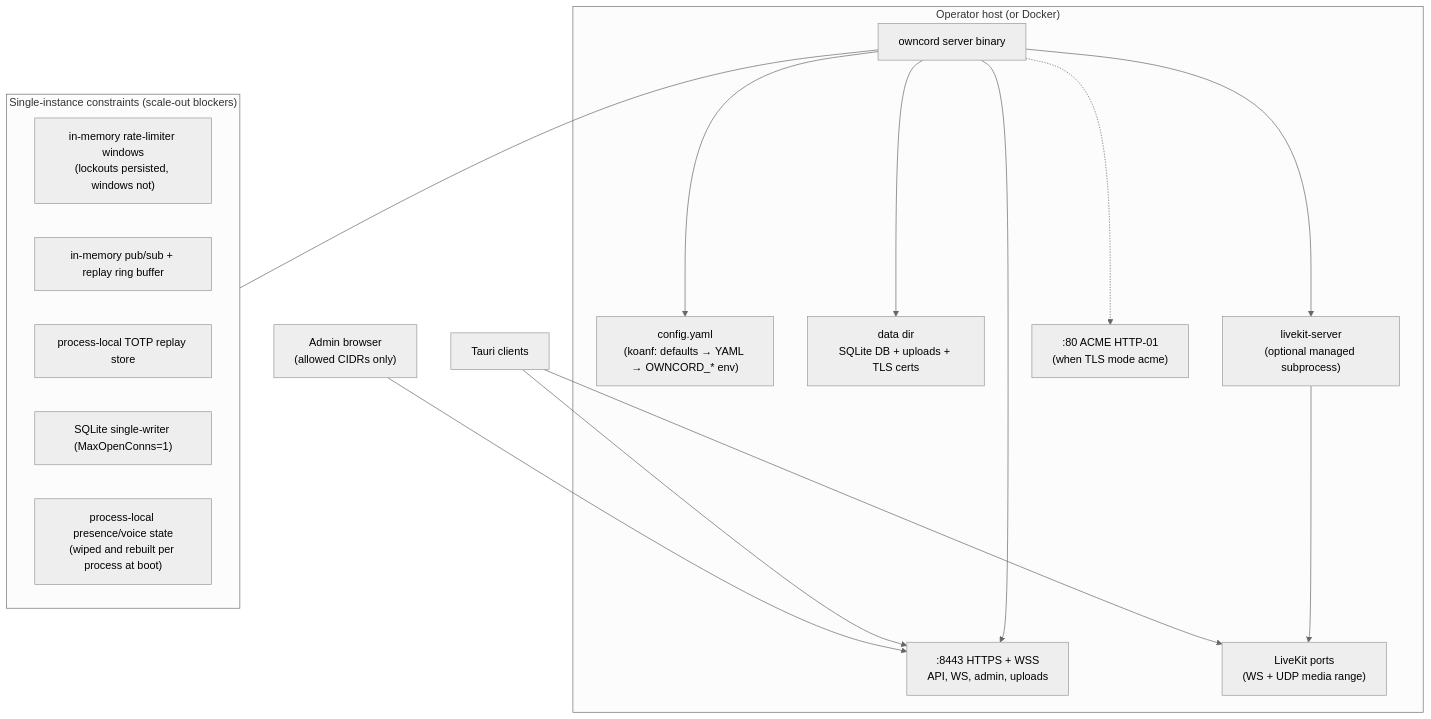
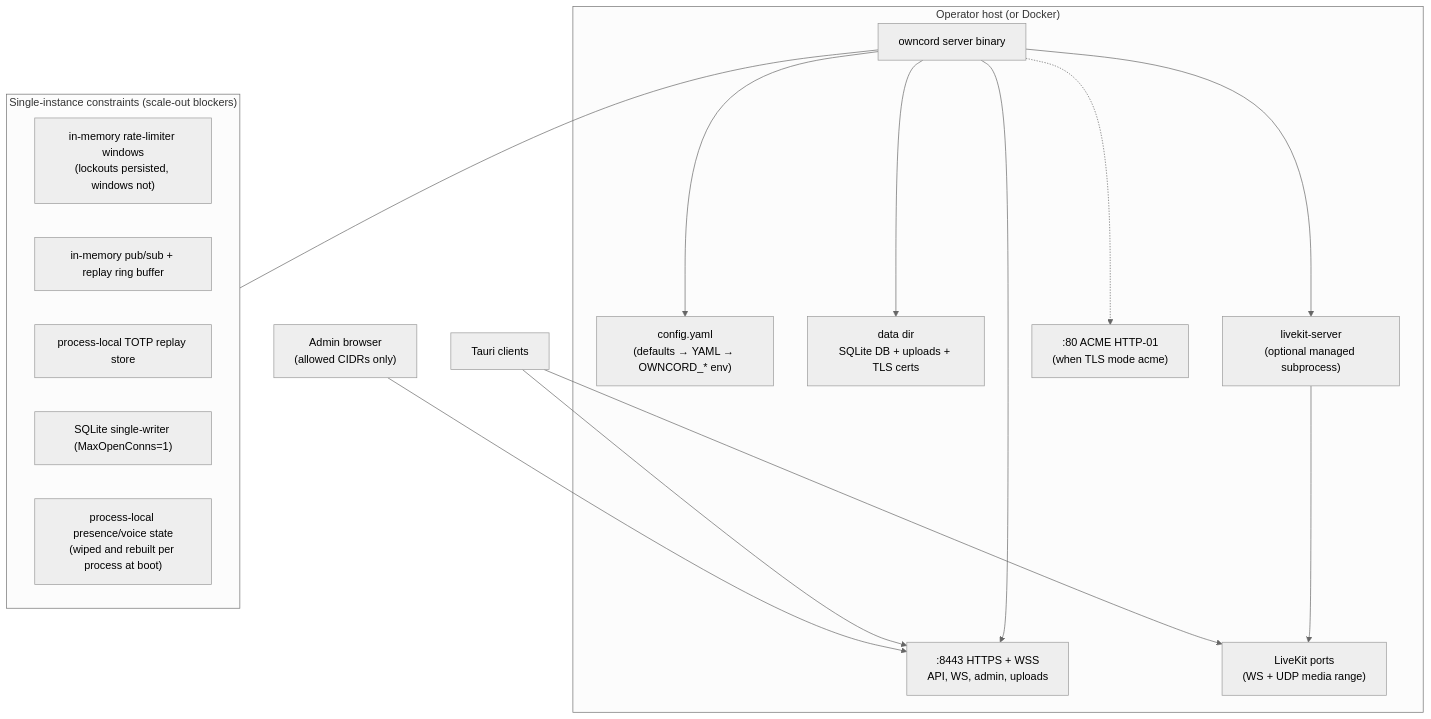
Before and after one commit to J3vb/OwnCord: the second of 2 diagrams in docs/architecture/system-overview.md, drawn with Mermaid (neutral theme). The commit also changed other lines of this file and 2055 other files, not shown here.

````diff
--- a/docs/architecture/system-overview.md
+++ b/docs/architecture/system-overview.md
@@ -61,25 +61,25 @@
 ```mermaid
 flowchart TB
     subgraph hostbox ["Operator host (or Docker)"]
         BIN["owncord server binary"]
-        BIN --> CFGF["config.yaml<br/>(koanf: defaults → YAML → OWNCORD_* env)"]
+        BIN --> CFGF["config.yaml<br/>(defaults → YAML → OWNCORD_* env)"]
         BIN --> DATA["data dir<br/>SQLite DB + uploads + TLS certs"]
         BIN --> LKPROC["livekit-server<br/>(optional managed subprocess)"]
         BIN --> P1[":8443 HTTPS + WSS<br/>API, WS, admin, uploads"]
         BIN -.-> P80[":80 ACME HTTP-01<br/>(when TLS mode acme)"]
         LKPROC --> P2["LiveKit ports<br/>(WS + UDP media range)"]
     end
 
     C1["Tauri clients"] --> P1
     C1 --> P2
     ADMB["Admin browser<br/>(allowed CIDRs only)"] --> P1
 
     subgraph constraints ["Single-instance constraints (scale-out blockers)"]
         R1["in-memory rate-limiter windows<br/>(lockouts persisted, windows not)"]
         R2["in-memory pub/sub + replay ring buffer"]
         R3["process-local TOTP replay store"]
         R4["SQLite single-writer (MaxOpenConns=1)"]
         R5["process-local presence/voice state<br/>(wiped and rebuilt per process at boot)"]
     end
     BIN --- constraints
 ```
````
